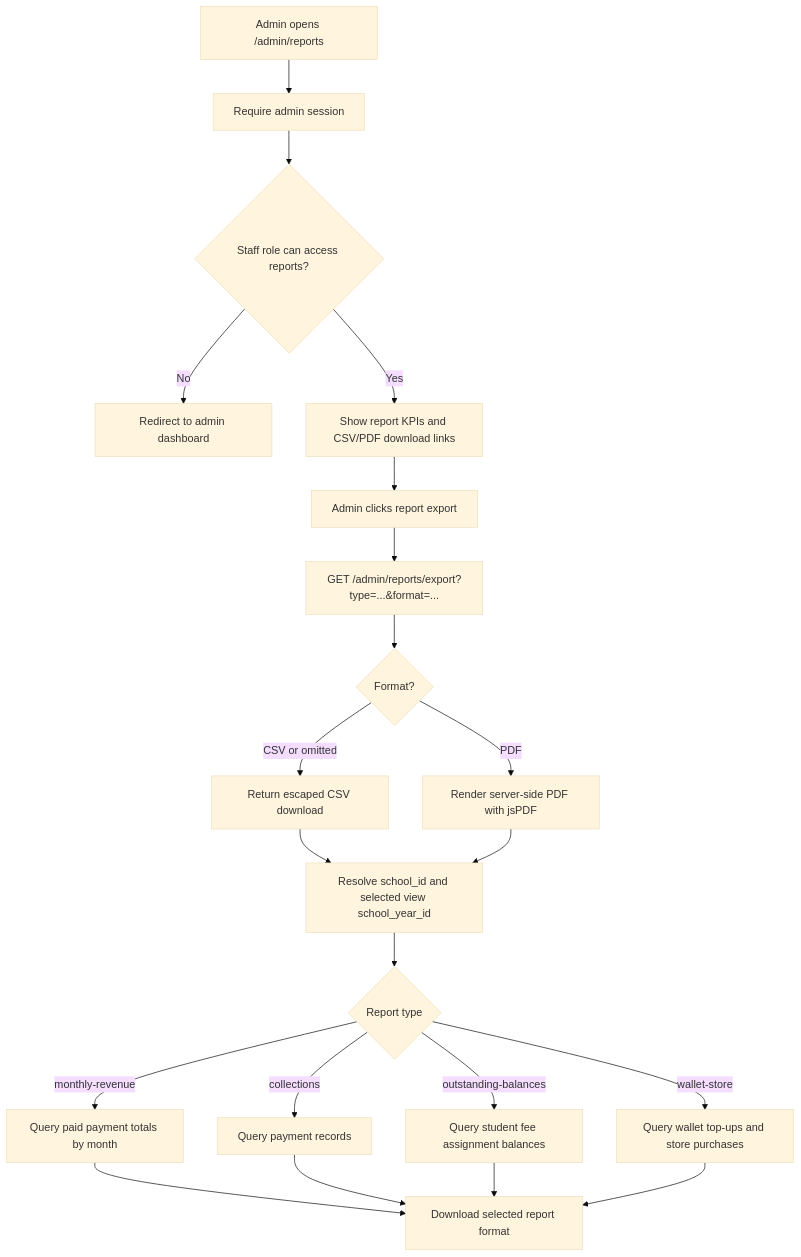
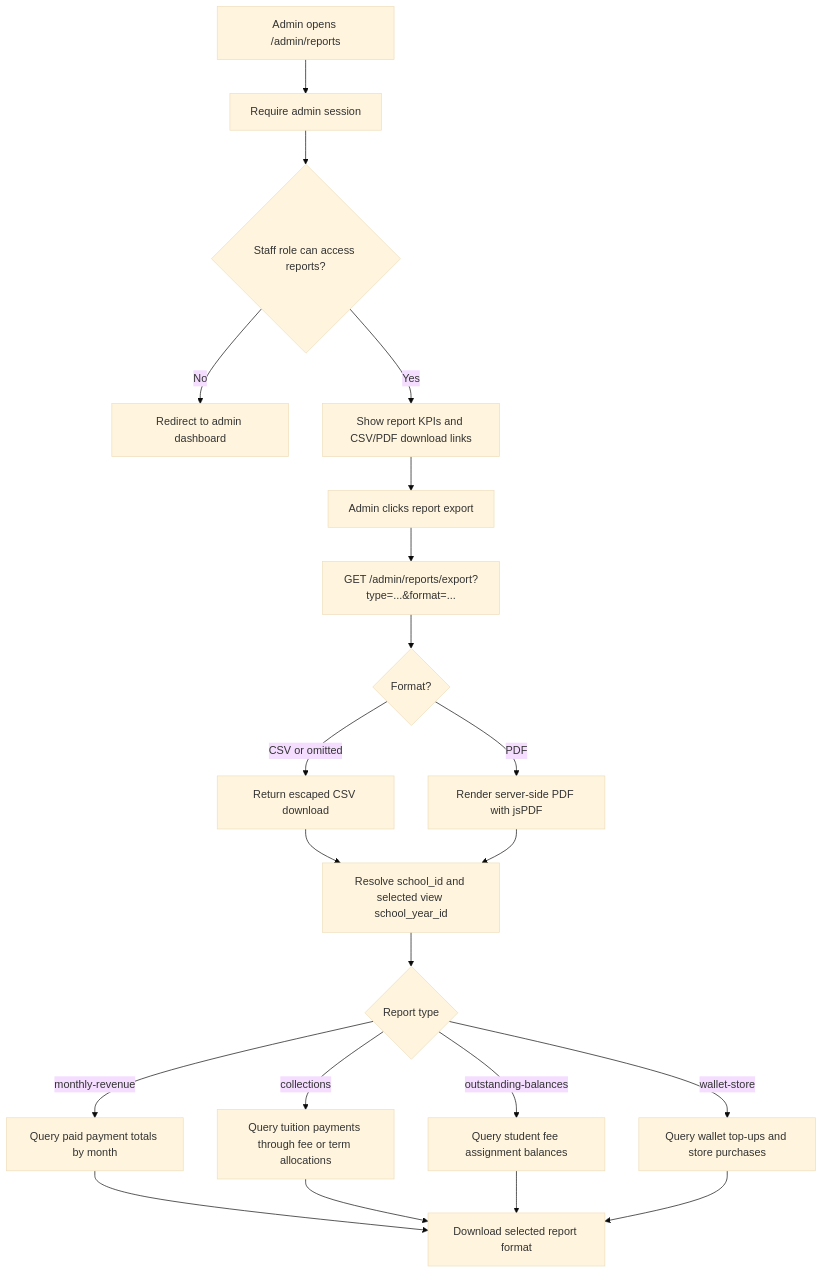
Before and after one commit to Xeyn19/xmetapay: diagram 19 of 21 in docs/PROJECT_FLOWCHARTS.md, drawn with Mermaid (base theme). The commit also changed other lines of this file and 16 other files, not shown here.

````diff
--- a/docs/PROJECT_FLOWCHARTS.md
+++ b/docs/PROJECT_FLOWCHARTS.md
@@ -654,23 +655,23 @@
 ```mermaid
 flowchart TD
   A["Admin opens /admin/reports"] --> B["Require admin session"]
   B --> C{"Staff role can access reports?"}
   C -->|No| D["Redirect to admin dashboard"]
   C -->|Yes| E["Show report KPIs and CSV/PDF download links"]
   E --> F["Admin clicks report export"]
   F --> G["GET /admin/reports/export?type=...&format=..."]
   G --> H{"Format?"}
   H -->|CSV or omitted| I["Return escaped CSV download"]
   H -->|PDF| J["Render server-side PDF with jsPDF"]
   I --> K["Resolve school_id and selected view school_year_id"]
   J --> K
   K --> L{"Report type"}
   L -->|monthly-revenue| M["Query paid payment totals by month"]
-  L -->|collections| N["Query payment records"]
+  L -->|collections| N["Query tuition payments through fee or term allocations"]
   L -->|outstanding-balances| O["Query student fee assignment balances"]
   L -->|wallet-store| P["Query wallet top-ups and store purchases"]
   M --> Q["Download selected report format"]
   N --> Q
   O --> Q
   P --> Q
 ```
````
